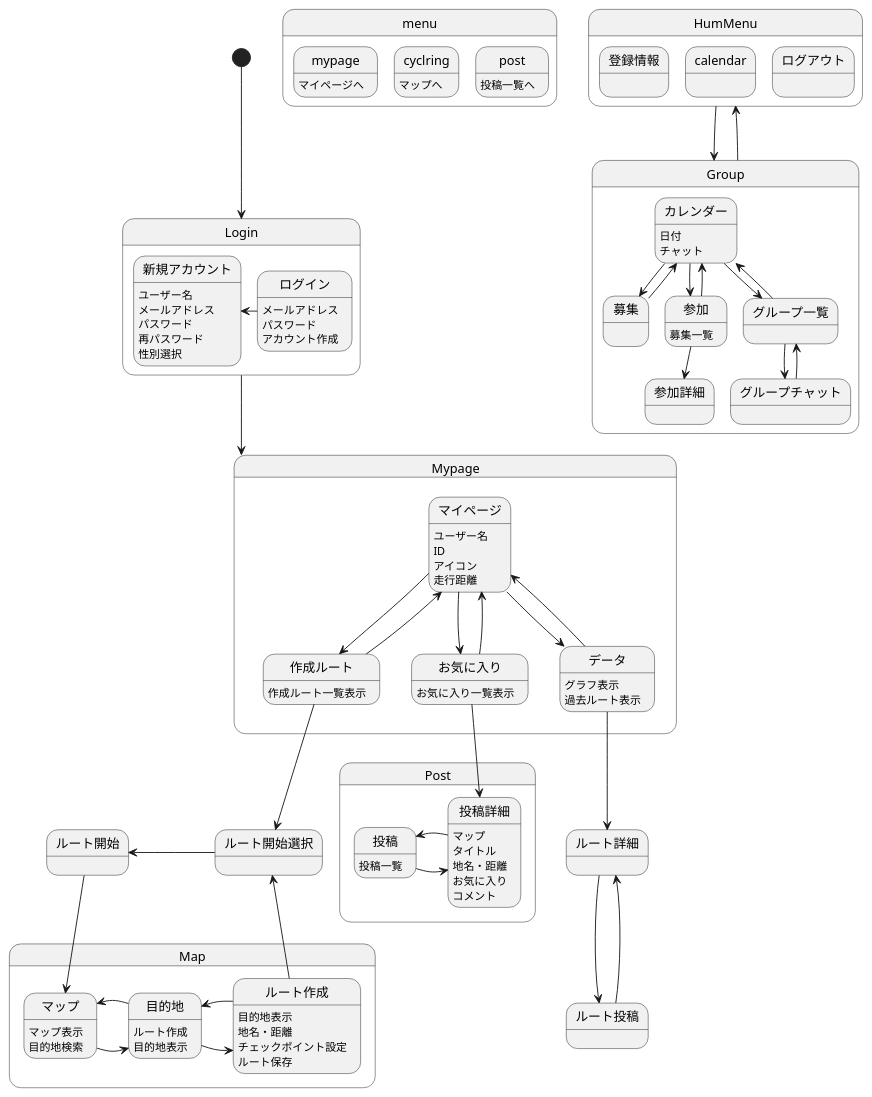
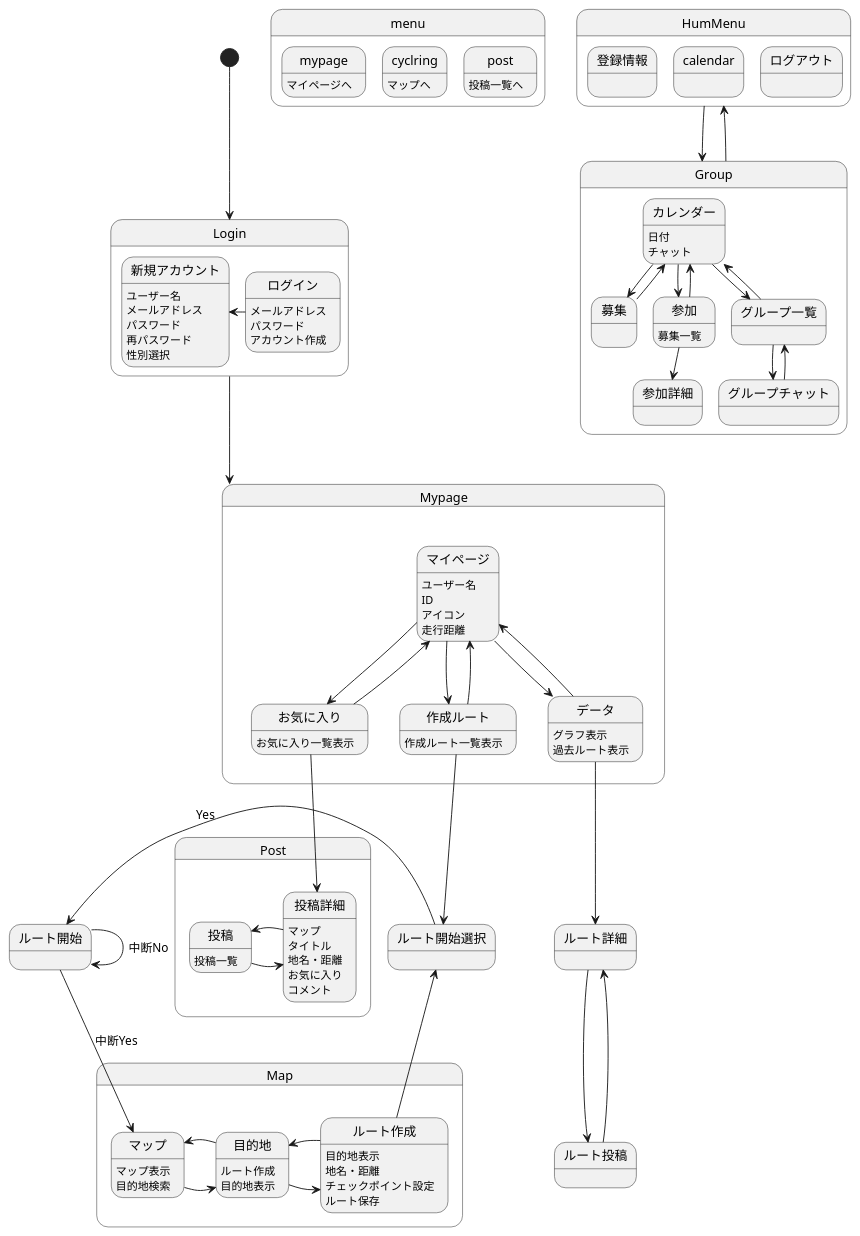
The diagram in 画面遷移図/gm.md (AsoSD3A3/CyclingSystem), drawn with PlantUML before and after one commit.

```diff
--- a/画面遷移図/gm.md
+++ b/画面遷移図/gm.md
@@ -84,8 +84,9 @@
 
 作成ルート-down->ルート開始選択
 ルート作成-up->ルート開始選択
-ルート開始選択-left->ルート開始
-ルート開始-down->マップ
+ルート開始選択-left->ルート開始 :Yes
+ルート開始-down->マップ :中断Yes
+ルート開始-->ルート開始 :中断No
 
 state Post{
 投稿:投稿一覧
```
